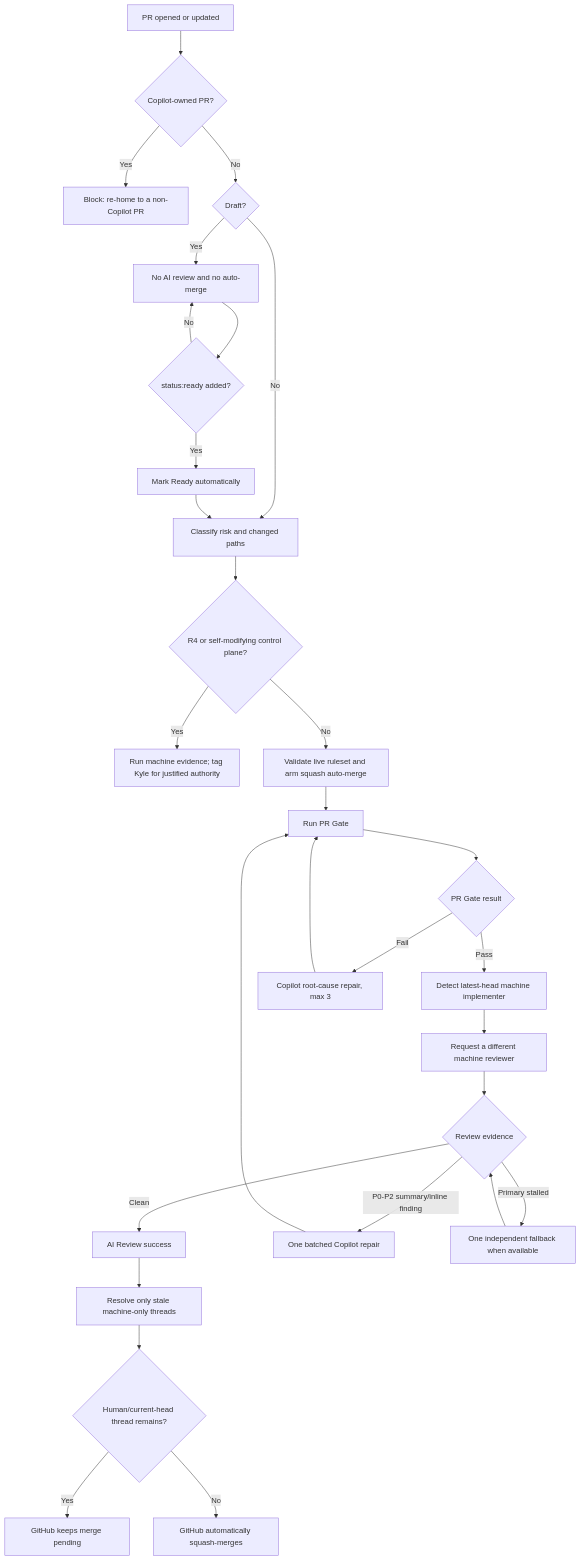
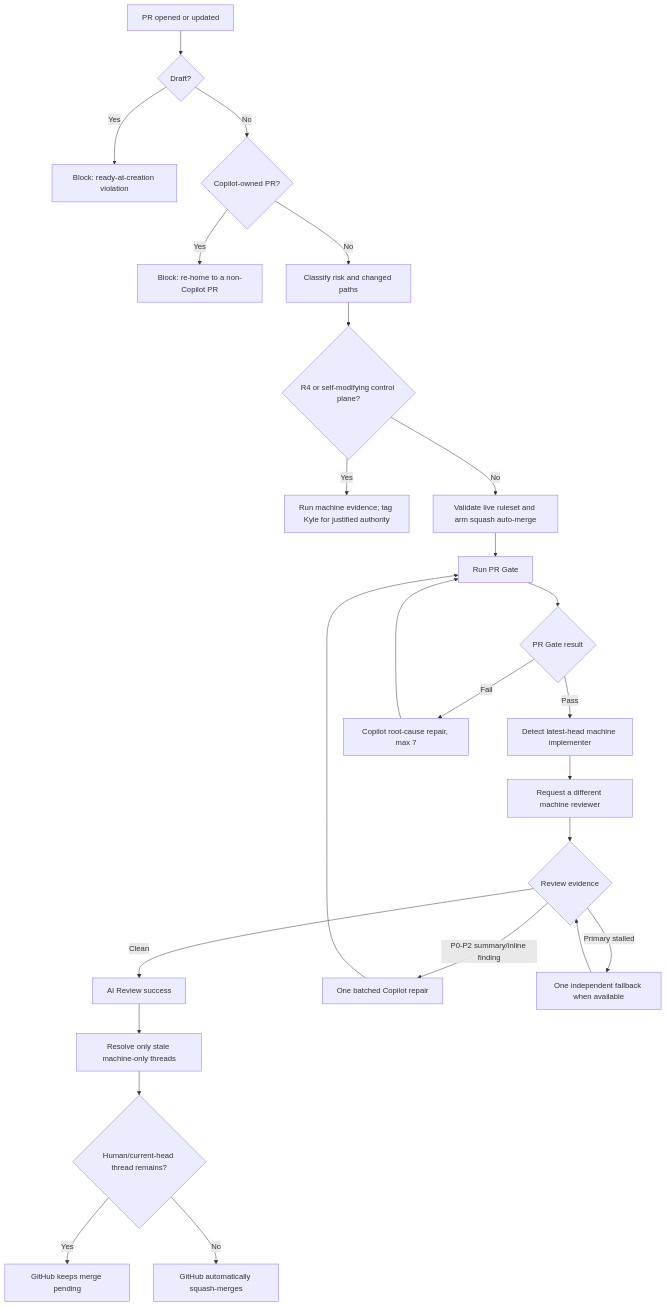
One commit to kgsmith19/agent-engineering-standard changed the diagram in DELIVERY_GITHUB.md. Above: the diagram before and after it, drawn with Mermaid. The commit also changed other lines of this file and 32 other files, not shown here.

````diff
--- a/DELIVERY_GITHUB.md
+++ b/DELIVERY_GITHUB.md
@@ -65,31 +68,27 @@
 ```mermaid
 flowchart TD
-    A[PR opened or updated] --> B{Copilot-owned PR?}
-    B -- Yes --> C[Block: re-home to a non-Copilot PR]
-    B -- No --> D{Draft?}
-    D -- Yes --> E[No AI review and no auto-merge]
-    E --> F{status:ready added?}
-    F -- No --> E
-    F -- Yes --> G[Mark Ready automatically]
+    A[PR opened or updated] --> B{Draft?}
+    B -- Yes --> C[Block: ready-at-creation violation]
+    B -- No --> D{Copilot-owned PR?}
+    D -- Yes --> E[Block: re-home to a non-Copilot PR]
     D -- No --> H[Classify risk and changed paths]
-    G --> H
     H --> I{R4 or self-modifying control plane?}
     I -- Yes --> J[Run machine evidence; tag Kyle for justified authority]
     I -- No --> K[Validate live ruleset and arm squash auto-merge]
     K --> L[Run PR Gate]
     L --> M{PR Gate result}
     M -- Pass --> N[Detect latest-head machine implementer]
-    M -- Fail --> O[Copilot root-cause repair, max 3]
+    M -- Fail --> O[Copilot root-cause repair, max 7]
     O --> L
     N --> P[Request a different machine reviewer]
     P --> Q{Review evidence}
     Q -- Clean --> R[AI Review success]
     Q -- P0-P2 summary/inline finding --> S[One batched Copilot repair]
     S --> L
     Q -- Primary stalled --> T[One independent fallback when available]
     T --> Q
     R --> U[Resolve only stale machine-only threads]
     U --> V{Human/current-head thread remains?}
     V -- Yes --> W[GitHub keeps merge pending]
     V -- No --> X[GitHub automatically squash-merges]
 ```
````
